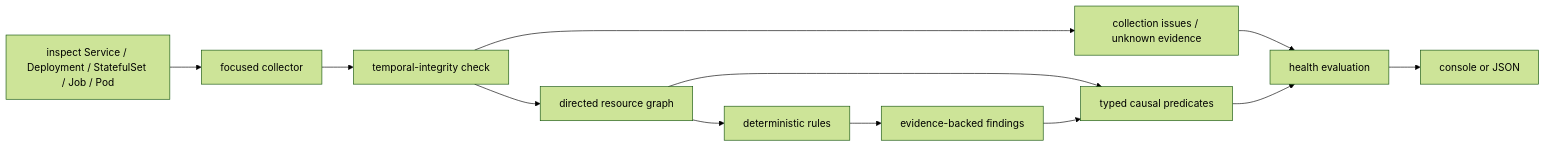
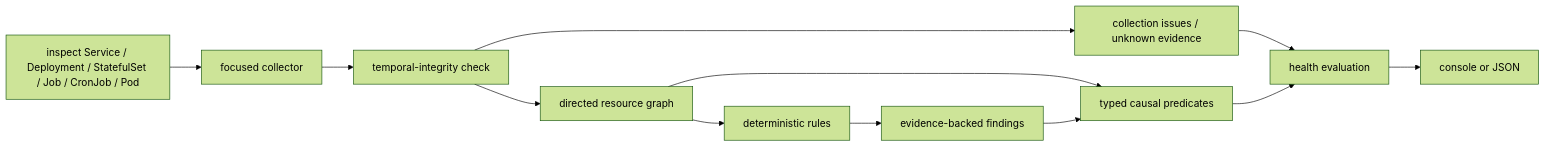
One commit to leventozen/kubectl-tuna changed the diagram in docs/how-it-works.md. Above: the diagram before and after it, drawn with Mermaid (forest theme). The commit also changed other lines of this file and 29 other files, not shown here.

Commit message:
feat: diagnose CronJob latest run failures

````diff
--- a/docs/how-it-works.md
+++ b/docs/how-it-works.md
@@ -7,14 +7,14 @@
 ```mermaid
 flowchart LR
-    CLI["inspect Service / Deployment / StatefulSet / Job / Pod"] --> C["focused collector"]
+    CLI["inspect Service / Deployment / StatefulSet / Job / CronJob / Pod"] --> C["focused collector"]
     C --> T["temporal-integrity check"]
     T --> G["directed resource graph"]
     T --> U["collection issues / unknown evidence"]
     G --> R["deterministic rules"]
     R --> F["evidence-backed findings"]
     G --> X["typed causal predicates"]
     F --> X
     U --> H["health evaluation"]
     X --> H
     H --> O["console or JSON"]
 ```
````
